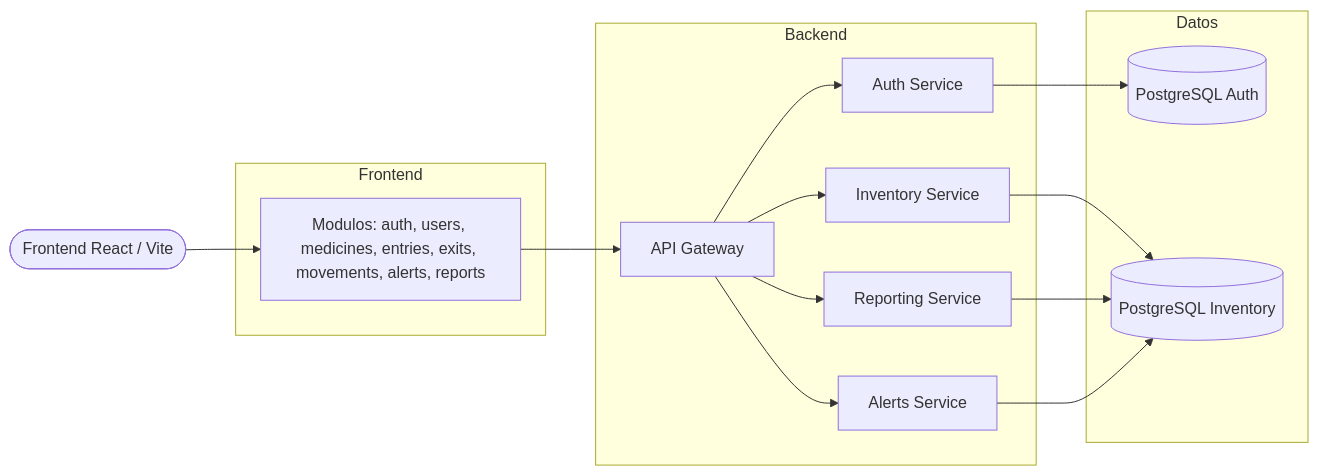
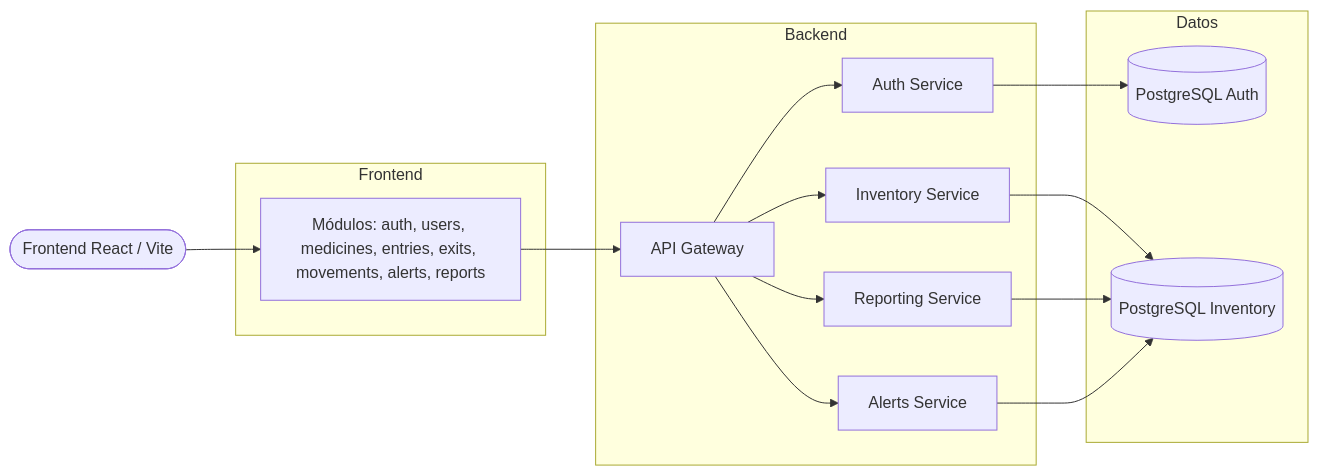
Before and after one commit to jose6668/FarmaExpres-Diagramas: the third of 4 diagrams in README.md, drawn with Mermaid. The commit also changed other lines of this file and 2 other files, not shown here.

Commit message:
docs(diagrams): add prediction service class diagram

````diff
--- a/README.md
+++ b/README.md
@@ -201,33 +202,33 @@
 ```mermaid
 flowchart LR
 
 Cliente([Frontend React / Vite])
 
 subgraph Frontend
-APP[Modulos: auth, users, medicines, entries, exits, movements, alerts, reports]
+APP[Módulos: auth, users, medicines, entries, exits, movements, alerts, reports]
 end
 
 subgraph Backend
 GW[API Gateway]
 AUTH[Auth Service]
 INV[Inventory Service]
 REP[Reporting Service]
 ALR[Alerts Service]
 end
 
 subgraph Datos
 DBAUTH[(PostgreSQL Auth)]
 DBINV[(PostgreSQL Inventory)]
 end
 
 Cliente --> APP
 APP --> GW
 GW --> AUTH
 GW --> INV
 GW --> REP
 GW --> ALR
 AUTH --> DBAUTH
 INV --> DBINV
 REP --> DBINV
 ALR --> DBINV
 ```
````
